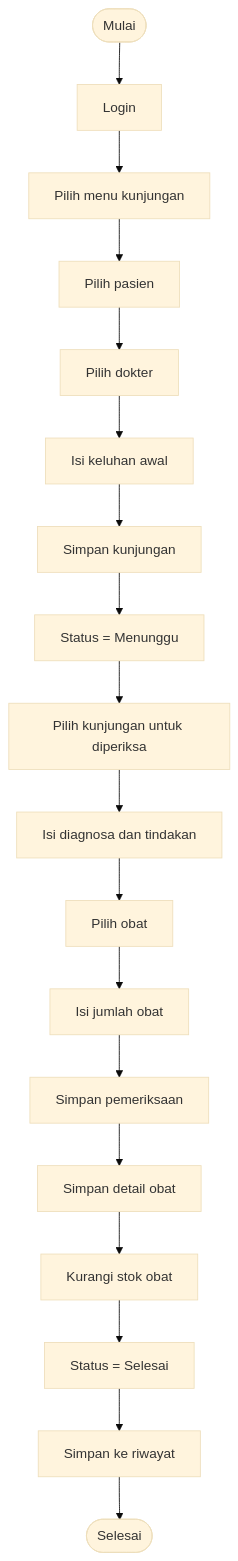
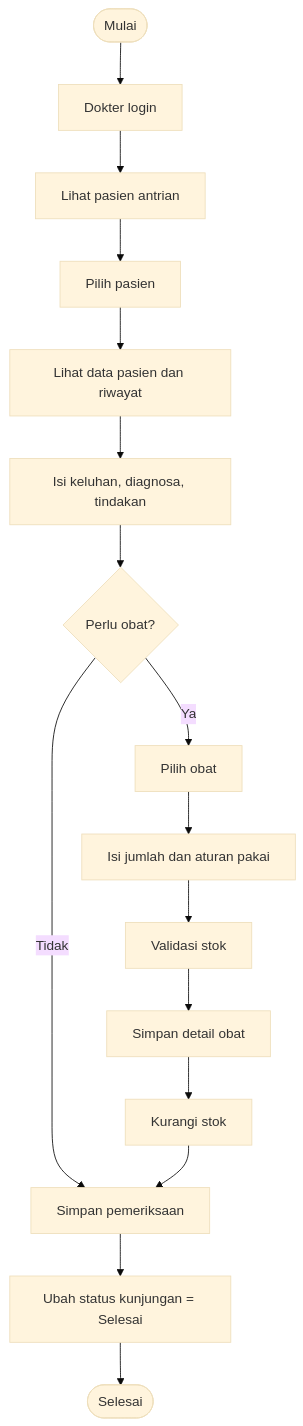
Before and after one commit to Mubax5/Klinik-Sehat: the third of 9 diagrams in README.md, drawn with Mermaid (base theme). The commit also changed other lines of this file, not shown here.

````diff
--- a/README.md
+++ b/README.md
@@ -521,21 +662,18 @@
 ```mermaid
 flowchart TD
-    A([Mulai]) --> B[Login]
-    B --> C[Pilih menu kunjungan]
+    A([Mulai]) --> B[Dokter login]
+    B --> C[Lihat pasien antrian]
     C --> D[Pilih pasien]
-    D --> E[Pilih dokter]
-    E --> F[Isi keluhan awal]
-    F --> G[Simpan kunjungan]
-    G --> H[Status = Menunggu]
-
-    H --> I[Pilih kunjungan untuk diperiksa]
-    I --> J[Isi diagnosa dan tindakan]
-    J --> K[Pilih obat]
-    K --> L[Isi jumlah obat]
-    L --> M[Simpan pemeriksaan]
-    M --> N[Simpan detail obat]
-    N --> O[Kurangi stok obat]
-    O --> P[Status = Selesai]
-    P --> Q[Simpan ke riwayat]
-    Q --> R([Selesai])
+    D --> E[Lihat data pasien dan riwayat]
+    E --> F[Isi keluhan, diagnosa, tindakan]
+    F --> G{Perlu obat?}
+    G -- Ya --> H[Pilih obat]
+    H --> I[Isi jumlah dan aturan pakai]
+    I --> J[Validasi stok]
+    J --> K[Simpan detail obat]
+    K --> L[Kurangi stok]
+    G -- Tidak --> M[Simpan pemeriksaan]
+    L --> M
+    M --> N[Ubah status kunjungan = Selesai]
+    N --> O([Selesai])
 ```
````
